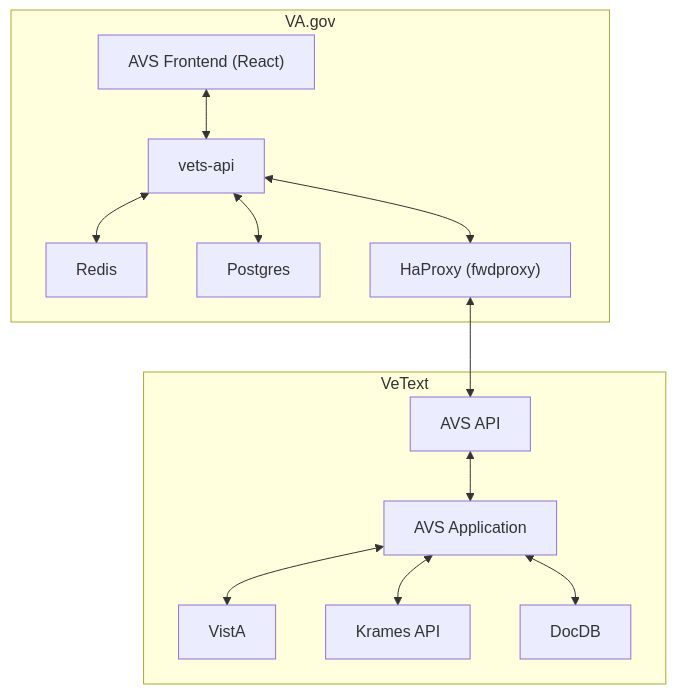
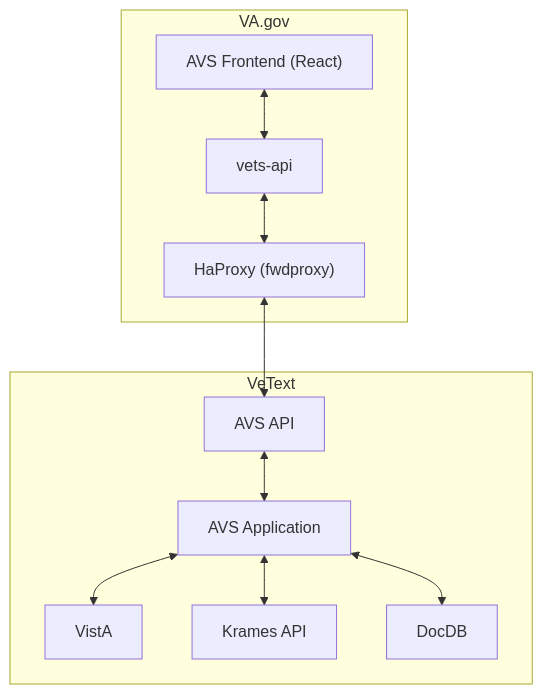
Before and after one commit to department-of-veterans-affairs/va.gov-team: the first of 2 diagrams in products/health-care/digital-health-modernization/mhv-to-va.gov/avs/engineering/README.md, drawn with Mermaid.

Commit message:
Update AVS arch diagram

````diff
--- a/products/health-care/digital-health-modernization/mhv-to-va.gov/avs/engineering/README.md
+++ b/products/health-care/digital-health-modernization/mhv-to-va.gov/avs/engineering/README.md
@@ -7,16 +7,14 @@
 ```mermaid
 flowchart TB
     subgraph VeText
     avs-api["AVS API"]<-->AvsApplication["AVS Application"]
     AvsApplication["AVS Application"]<-->VistA
     AvsApplication["AVS Application"]<-->Krames["Krames API"]
     AvsApplication["AVS Application"]<-->DocDB
     end
     subgraph VA.gov
     avs-fe["AVS Frontend (React)"]<-->vets-api
-    vets-api<-->Redis
-    vets-api<-->DB["Postgres"]
     vets-api<-->fwdproxy["HaProxy (fwdproxy)"]
     end    
     fwdproxy<-->avs-api
 ```
````
